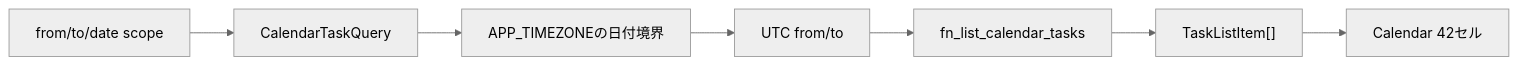
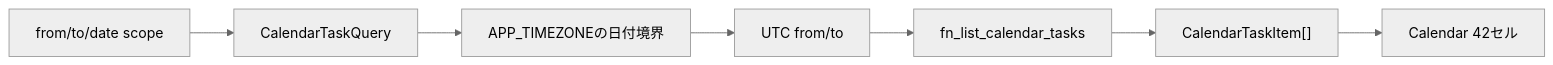
Before and after one commit to oikawa-d/task_management: the third of 3 diagrams in docs/detailed_design/api/tasks/12_get_calendar_tasks.md, drawn with Mermaid (neutral theme).

Commit message:
docs: カレンダーAPIのデータ遷移型を統一

````diff
--- a/docs/detailed_design/api/tasks/12_get_calendar_tasks.md
+++ b/docs/detailed_design/api/tasks/12_get_calendar_tasks.md
@@ -90,9 +90,9 @@
 ```mermaid
 flowchart LR
     Q["from/to/date scope"] --> V["CalendarTaskQuery"]
     V --> B["APP_TIMEZONEの日付境界"]
     B --> UTC["UTC from/to"]
     UTC --> FN["fn_list_calendar_tasks"]
-    FN --> DTO["TaskListItem[]"]
+    FN --> DTO["CalendarTaskItem[]"]
     DTO --> UI["Calendar 42セル"]
 ```
````
